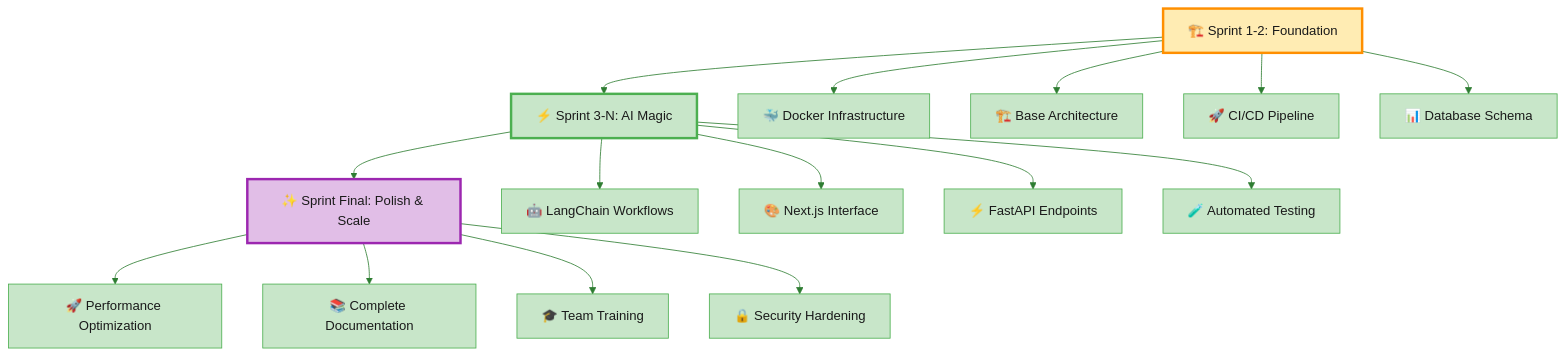
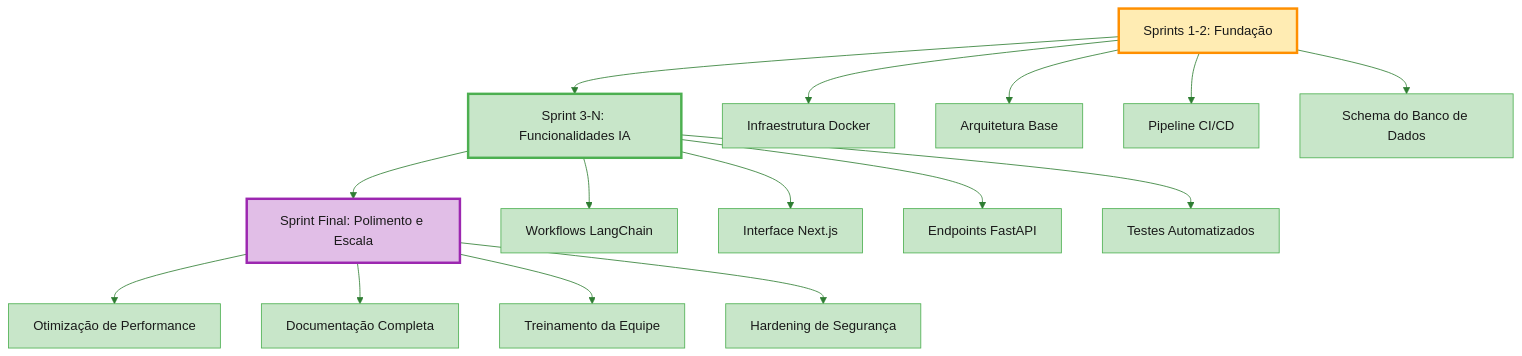
One commit to solanisdev/solar changed the ninth of 20 diagrams in README.md. Above: the diagram before and after it, drawn with Mermaid. The commit also changed other lines of this file, not shown here.

````diff
--- a/README.md
+++ b/README.md
@@ -332,25 +324,25 @@
 ```mermaid
 %%{init: {'theme':'base', 'themeVariables': {'primaryColor':'#C8E6C9','primaryTextColor':'#1a1a1a','primaryBorderColor':'#4CAF50','lineColor':'#2E7D32','secondaryColor':'#A5D6A7','tertiaryColor':'#E8F5E8'}}}%%
 graph TD
-    S1[🏗️ Sprint 1-2: Foundation] --> S2[⚡ Sprint 3-N: AI Magic]
-    S2 --> S3[✨ Sprint Final: Polish & Scale]
+    S1[Sprints 1-2: Fundação] --> S2[Sprint 3-N: Funcionalidades IA]
+    S2 --> S3[Sprint Final: Polimento e Escala]
     
-    S1 --> F1[🐳 Docker Infrastructure]
-    S1 --> F2[🏗️ Base Architecture]
-    S1 --> F3[🚀 CI/CD Pipeline]
-    S1 --> F4[📊 Database Schema]
+    S1 --> F1[Infraestrutura Docker]
+    S1 --> F2[Arquitetura Base]
+    S1 --> F3[Pipeline CI/CD]
+    S1 --> F4[Schema do Banco de Dados]
     
-    S2 --> C1[🤖 LangChain Workflows]
-    S2 --> C2[🎨 Next.js Interface]
-    S2 --> C3[⚡ FastAPI Endpoints]
-    S2 --> C4[🧪 Automated Testing]
+    S2 --> C1[Workflows LangChain]
+    S2 --> C2[Interface Next.js]
+    S2 --> C3[Endpoints FastAPI]
+    S2 --> C4[Testes Automatizados]
     
-    S3 --> P1[🚀 Performance Optimization]
-    S3 --> P2[📚 Complete Documentation]
-    S3 --> P3[🎓 Team Training]
-    S3 --> P4[🔒 Security Hardening]
+    S3 --> P1[Otimização de Performance]
+    S3 --> P2[Documentação Completa]
+    S3 --> P3[Treinamento da Equipe]
+    S3 --> P4[Hardening de Segurança]
     
     style S1 fill:#FFECB3,stroke:#FF8F00,stroke-width:3px
     style S2 fill:#C8E6C9,stroke:#4CAF50,stroke-width:3px
     style S3 fill:#E1BEE7,stroke:#9C27B0,stroke-width:3px
 ```
````
